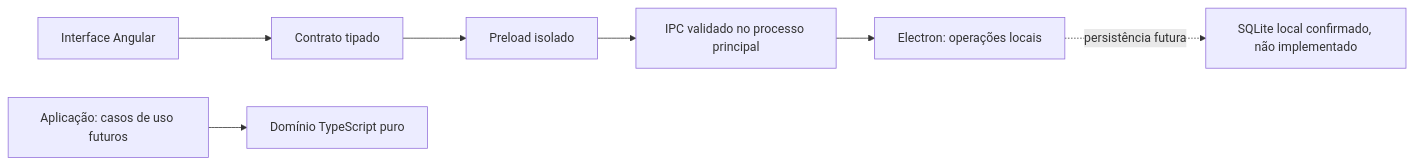
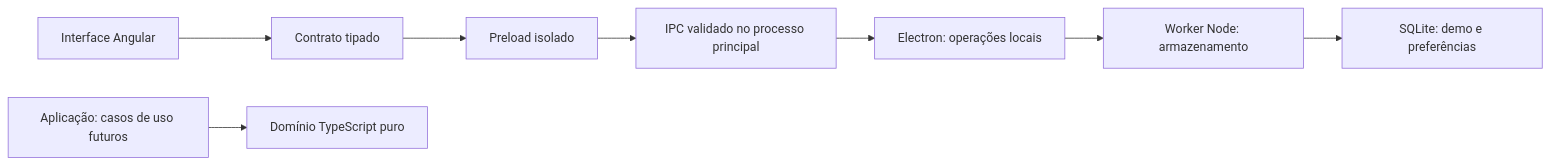
The diagram in docs/ARCHITECTURE.md (GabrielNZ/FinDesk), drawn with Mermaid before and after one commit. The commit also changed other lines of this file and 28 other files, not shown here.

Commit message:
feat(persistencia): salva demonstração e preferências no SQLite

````diff
--- a/docs/ARCHITECTURE.md
+++ b/docs/ARCHITECTURE.md
@@ -5,9 +5,10 @@
 ```mermaid
 flowchart LR
   UI[Interface Angular] --> API[Contrato tipado]
   API --> PRE[Preload isolado]
   PRE --> IPC[IPC validado no processo principal]
   IPC --> MAIN[Electron: operações locais]
   APP[Aplicação: casos de uso futuros] --> DOMAIN[Domínio TypeScript puro]
-  MAIN -. persistência futura .-> SQLITE[SQLite local confirmado, não implementado]
+  MAIN --> WORKER[Worker Node: armazenamento]
+  WORKER --> SQLITE[SQLite: demo e preferências]
 ```
````
